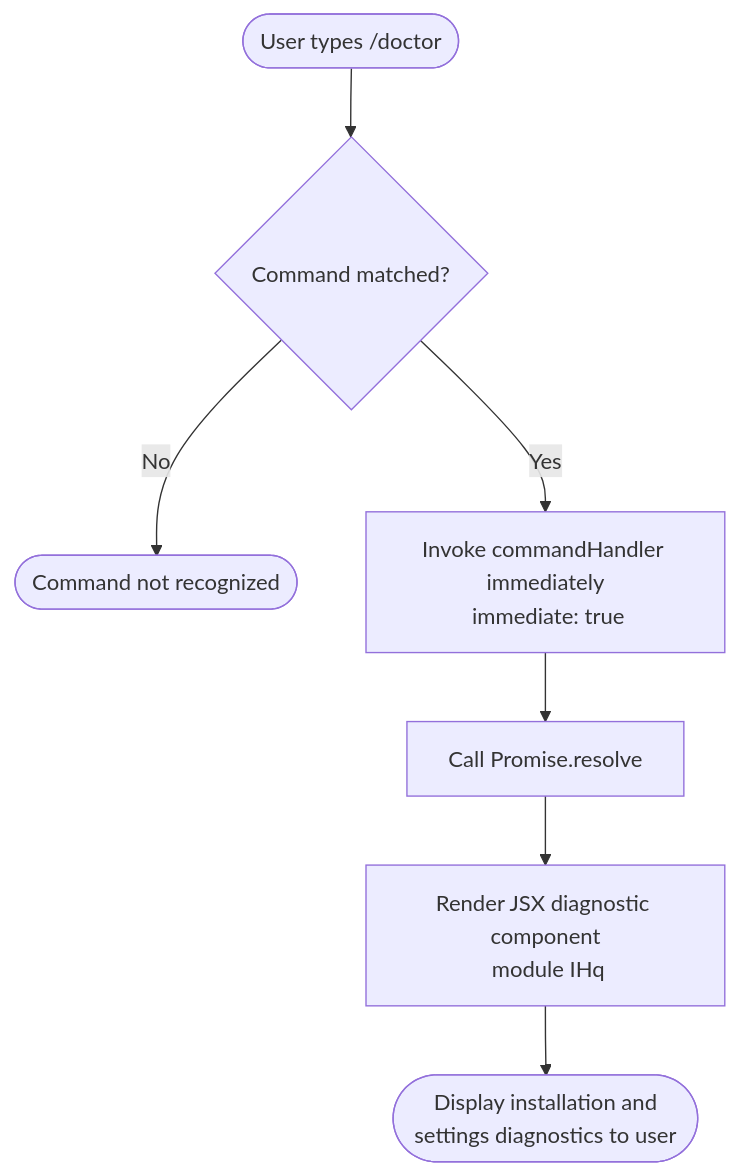
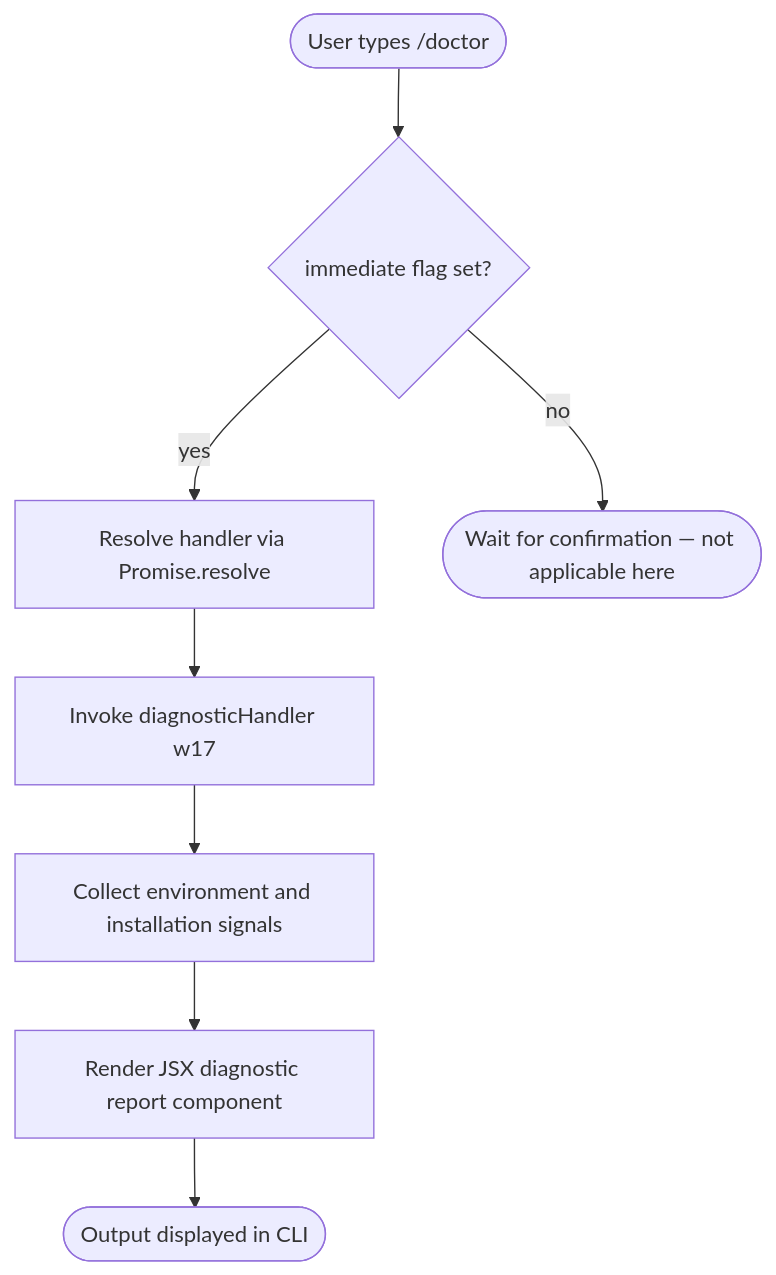
The diagram in versions/v2.1.133/doctor.md (MyLittleLuckyDog/cc-gnothi), drawn with Mermaid before and after one commit. The commit also changed other lines of this file and 95 other files, not shown here.

````diff
--- a/versions/v2.1.133/doctor.md
+++ b/versions/v2.1.133/doctor.md
@@ -42,9 +62,10 @@
 ```mermaid
 flowchart TD
-    A([User types /doctor]) --> B{Command matched?}
-    B -- No --> Z([Command not recognized])
-    B -- Yes --> C[Invoke commandHandler immediately\n immediate: true]
-    C --> D[Call Promise.resolve]
-    D --> E[Render JSX diagnostic component\n module IHq]
-    E --> F([Display installation and\n settings diagnostics to user])
+    A([User types /doctor]) --> B{immediate flag set?}
+    B -- yes --> C[Resolve handler via Promise.resolve]
+    C --> D[Invoke diagnosticHandler w17]
+    D --> E[Collect environment and installation signals]
+    E --> F[Render JSX diagnostic report component]
+    F --> G([Output displayed in CLI])
+    B -- no --> H([Wait for confirmation — not applicable here])
 ```
````
